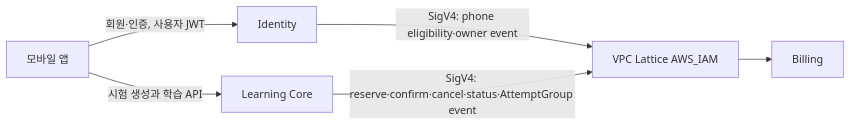
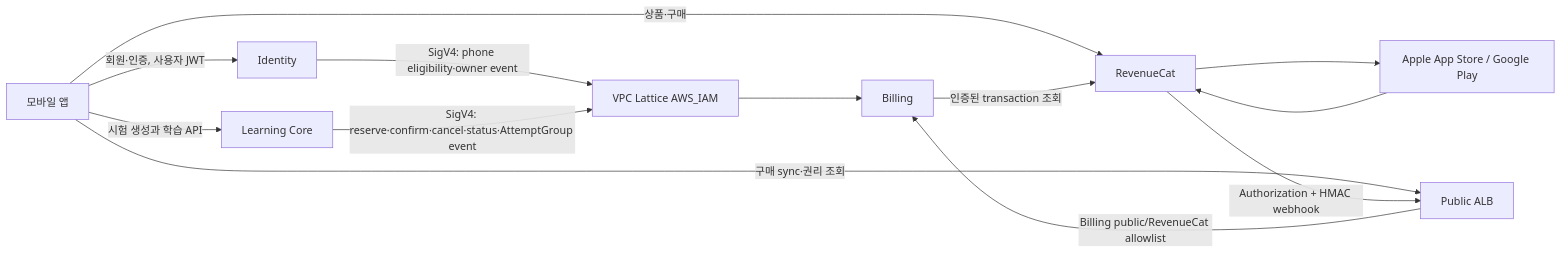
One commit to Too-Much-I/app-back-end-billing changed the first of 3 diagrams in docs/contracts/BILLING_SERVICE_INTEGRATION_CONTRACT.md. Above: the diagram before and after it, drawn with Mermaid. The commit also changed other lines of this file and 43 other files, not shown here.

````diff
--- a/docs/contracts/BILLING_SERVICE_INTEGRATION_CONTRACT.md
+++ b/docs/contracts/BILLING_SERVICE_INTEGRATION_CONTRACT.md
@@ -35,14 +42,24 @@
 ```mermaid
 flowchart LR
     APP["모바일 앱"]
     ID["Identity"]
     LC["Learning Core"]
+    ALB["Public ALB"]
     LAT["VPC Lattice AWS_IAM"]
+    RC["RevenueCat"]
+    STORE["Apple App Store / Google Play"]
     BILL["Billing"]
 
     APP -->|"회원·인증, 사용자 JWT"| ID
     APP -->|"시험 생성과 학습 API"| LC
+    APP -->|"상품·구매"| RC
+    RC --> STORE
+    STORE --> RC
+    APP -->|"구매 sync·권리 조회"| ALB
+    RC -->|"Authorization + HMAC webhook"| ALB
+    ALB -->|"Billing public/RevenueCat allowlist"| BILL
+    BILL -->|"인증된 transaction 조회"| RC
     ID -->|"SigV4: phone eligibility·owner event"| LAT
     LC -->|"SigV4: reserve·confirm·cancel·status·AttemptGroup event"| LAT
     LAT --> BILL
 ```
````
